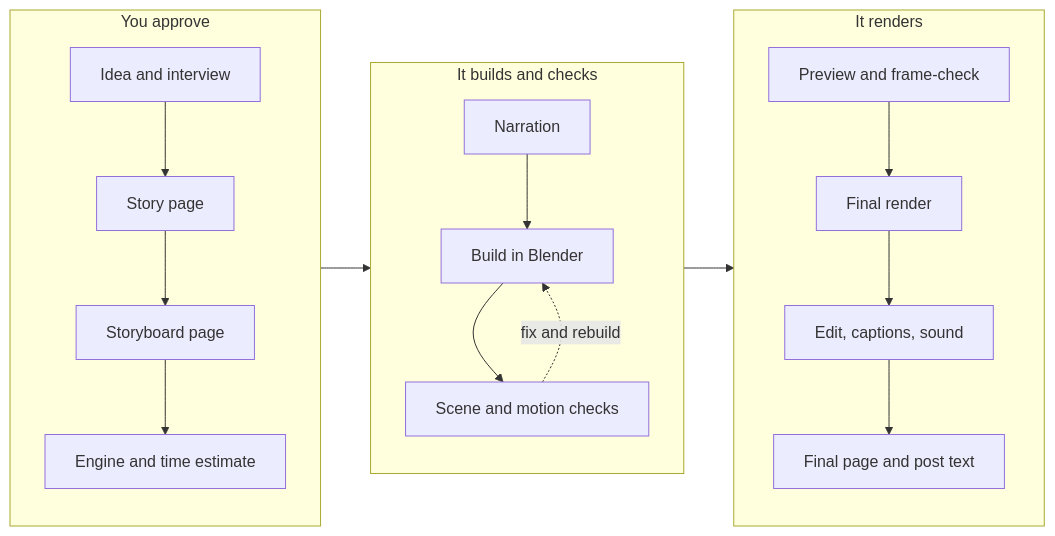
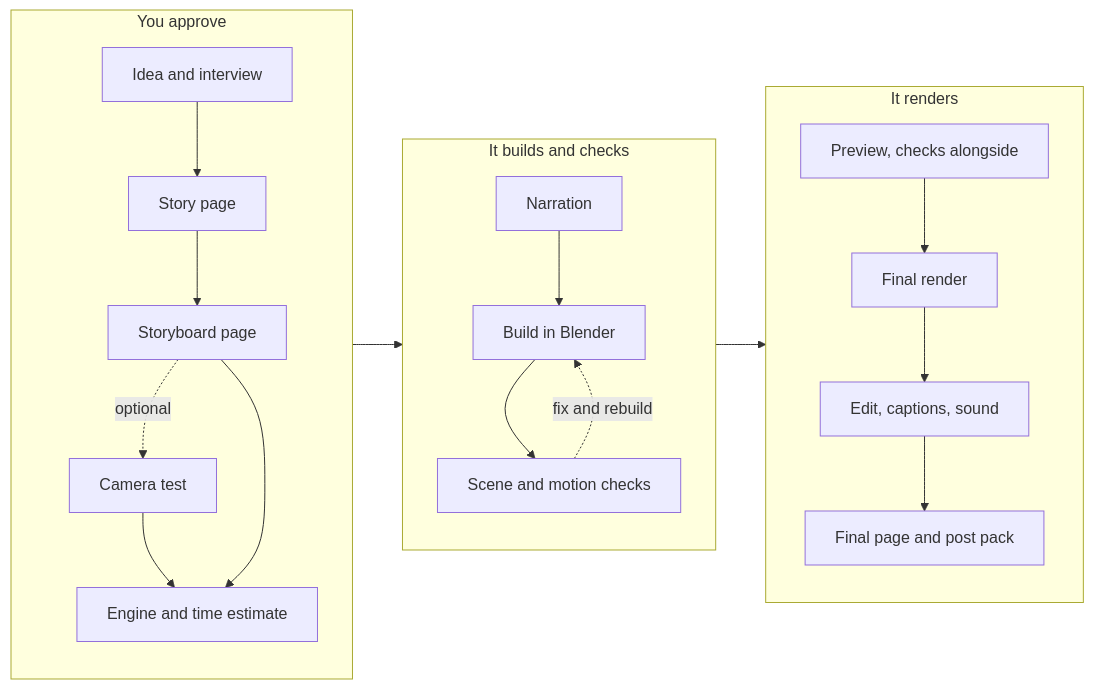
One commit to goinsidemachines/blender-shorts-agent changed the diagram in README.md. Above: the diagram before and after it, drawn with Mermaid. The commit also changed other lines of this file and 249 other files, not shown here.

Commit message:
Release 0.5.0: one page per short, brand kits, camera tools, faster checks (#6)

````diff
--- a/README.md
+++ b/README.md
@@ -46,22 +67,24 @@
 ```mermaid
 flowchart LR
     subgraph S1 [You approve]
         direction TB
         A[Idea and interview] --> B[Story page]
         B --> C[Storyboard page]
-        C --> D[Engine and time estimate]
+        C -. optional .-> C2[Camera test]
+        C2 --> D[Engine and time estimate]
+        C --> D
     end
     subgraph S2 [It builds and checks]
         direction TB
         E[Narration] --> F[Build in Blender]
         F --> G[Scene and motion checks]
         G -. fix and rebuild .-> F
     end
     subgraph S3 [It renders]
         direction TB
-        H[Preview and frame-check] --> I[Final render]
+        H[Preview, checks alongside] --> I[Final render]
         I --> J[Edit, captions, sound]
-        J --> K[Final page and post text]
+        J --> K[Final page and post pack]
     end
     S1 --> S2 --> S3
 ```
````
